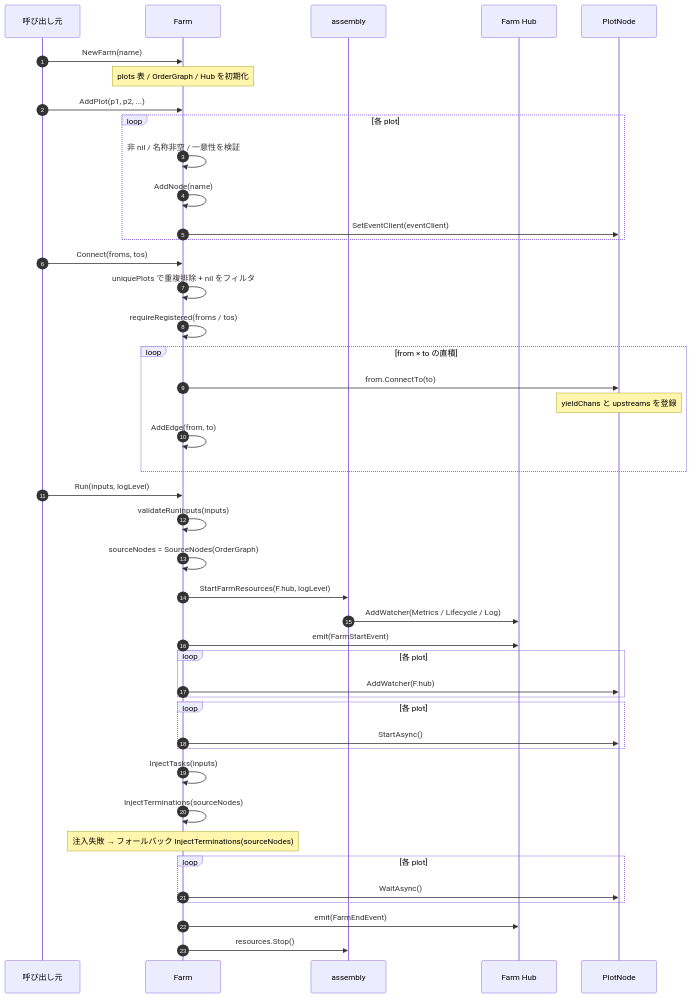
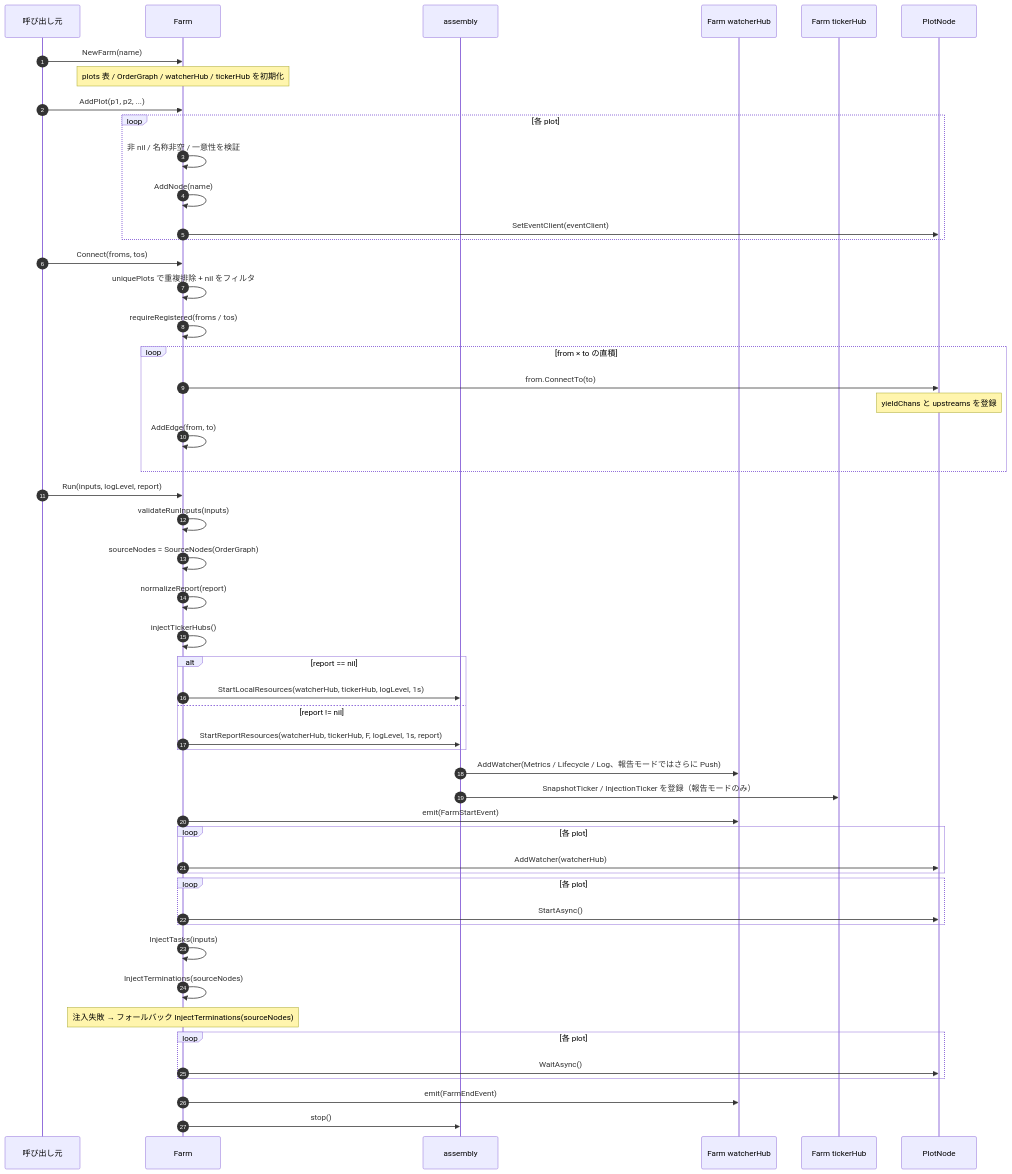
One commit to Mr-xiaotian/CelestialGrow changed the first of 3 diagrams in docs/ja/pkg/farm/farm.md. Above: the diagram before and after it, drawn with Mermaid. The commit also changed other lines of this file and 99 other files, not shown here.

````diff
--- a/docs/ja/pkg/farm/farm.md
+++ b/docs/ja/pkg/farm/farm.md
@@ -97,49 +107,57 @@
 ```mermaid
 sequenceDiagram
     autonumber
     participant U as 呼び出し元
     participant F as Farm
     participant A as assembly
-    participant H as Farm Hub
+    participant H as Farm watcherHub
+    participant T as Farm tickerHub
     participant P as PlotNode
 
     U->>F: NewFarm(name)
-    Note over F: plots 表 / OrderGraph / Hub を初期化
+    Note over F: plots 表 / OrderGraph / watcherHub / tickerHub を初期化
 
     U->>F: AddPlot(p1, p2, ...)
     loop 各 plot
         F->>F: 非 nil / 名称非空 / 一意性を検証
         F->>F: AddNode(name)
         F->>P: SetEventClient(eventClient)
     end
 
     U->>F: Connect(froms, tos)
     F->>F: uniquePlots で重複排除 + nil をフィルタ
     F->>F: requireRegistered(froms / tos)
     loop from × to の直積
         F->>P: from.ConnectTo(to)
         Note over P: yieldChans と upstreams を登録
         F->>F: AddEdge(from, to)
     end
 
-    U->>F: Run(inputs, logLevel)
+    U->>F: Run(inputs, logLevel, report)
     F->>F: validateRunInputs(inputs)
     F->>F: sourceNodes = SourceNodes(OrderGraph)
-    F->>A: StartFarmResources(F.hub, logLevel)
-    A->>H: AddWatcher(Metrics / Lifecycle / Log)
+    F->>F: normalizeReport(report)
+    F->>F: injectTickerHubs()
+    alt report == nil
+        F->>A: StartLocalResources(watcherHub, tickerHub, logLevel, 1s)
+    else report != nil
+        F->>A: StartReportResources(watcherHub, tickerHub, F, logLevel, 1s, report)
+    end
+    A->>H: AddWatcher(Metrics / Lifecycle / Log、報告モードではさらに Push)
+    A->>T: SnapshotTicker / InjectionTicker を登録（報告モードのみ）
     F->>H: emit(FarmStartEvent)
     loop 各 plot
-        F->>P: AddWatcher(F.hub)
+        F->>P: AddWatcher(watcherHub)
     end
     loop 各 plot
         F->>P: StartAsync()
     end
     F->>F: InjectTasks(inputs)
     F->>F: InjectTerminations(sourceNodes)
     Note over F: 注入失敗 → フォールバック InjectTerminations(sourceNodes)
     loop 各 plot
         F->>P: WaitAsync()
     end
     F->>H: emit(FarmEndEvent)
-    F->>A: resources.Stop()
+    F->>A: stop()
 ```
````
